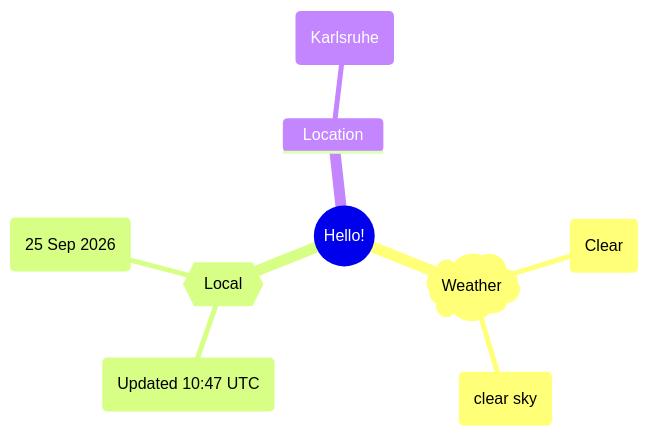
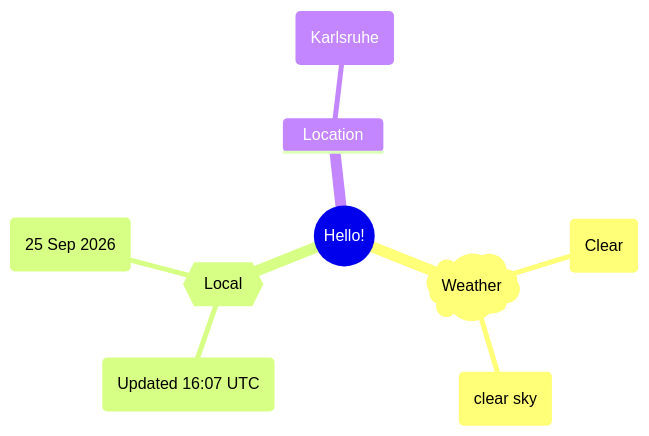
Before and after one commit to Xosrov/Xosrov: the first of 2 diagrams in README.md, drawn with Mermaid.

Commit message:
[bot] updated images

````diff
--- a/README.md
+++ b/README.md
@@ -3,12 +3,12 @@
 ```mermaid
 mindmap
   root((Hello!))
     )Weather(
         (Clear)
         (clear sky)
     {{Local}}
-        (Updated 10:47 UTC)
+        (Updated 16:07 UTC)
         (25 Sep 2026)
     Location
         (Karlsruhe)
 ```
````
